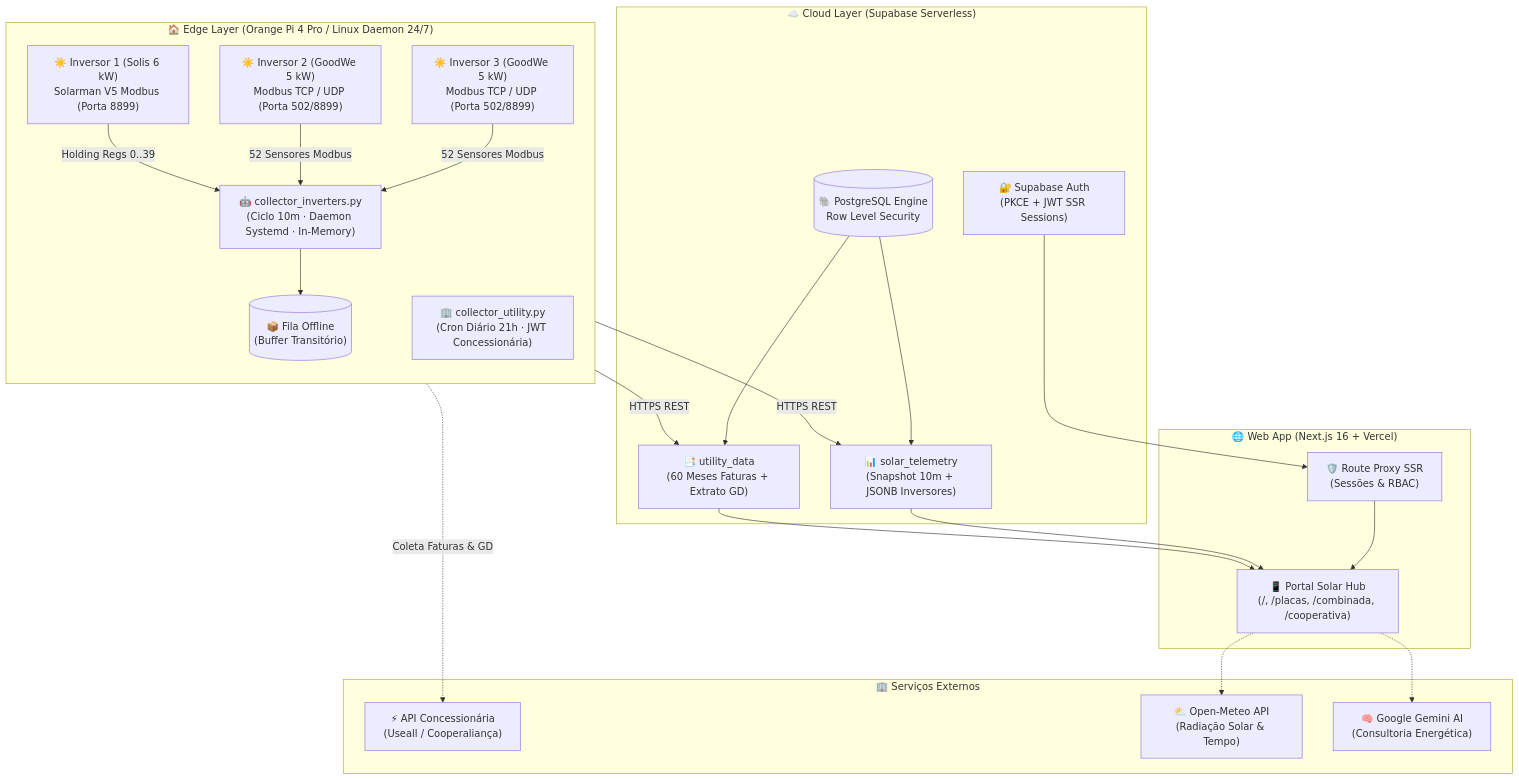
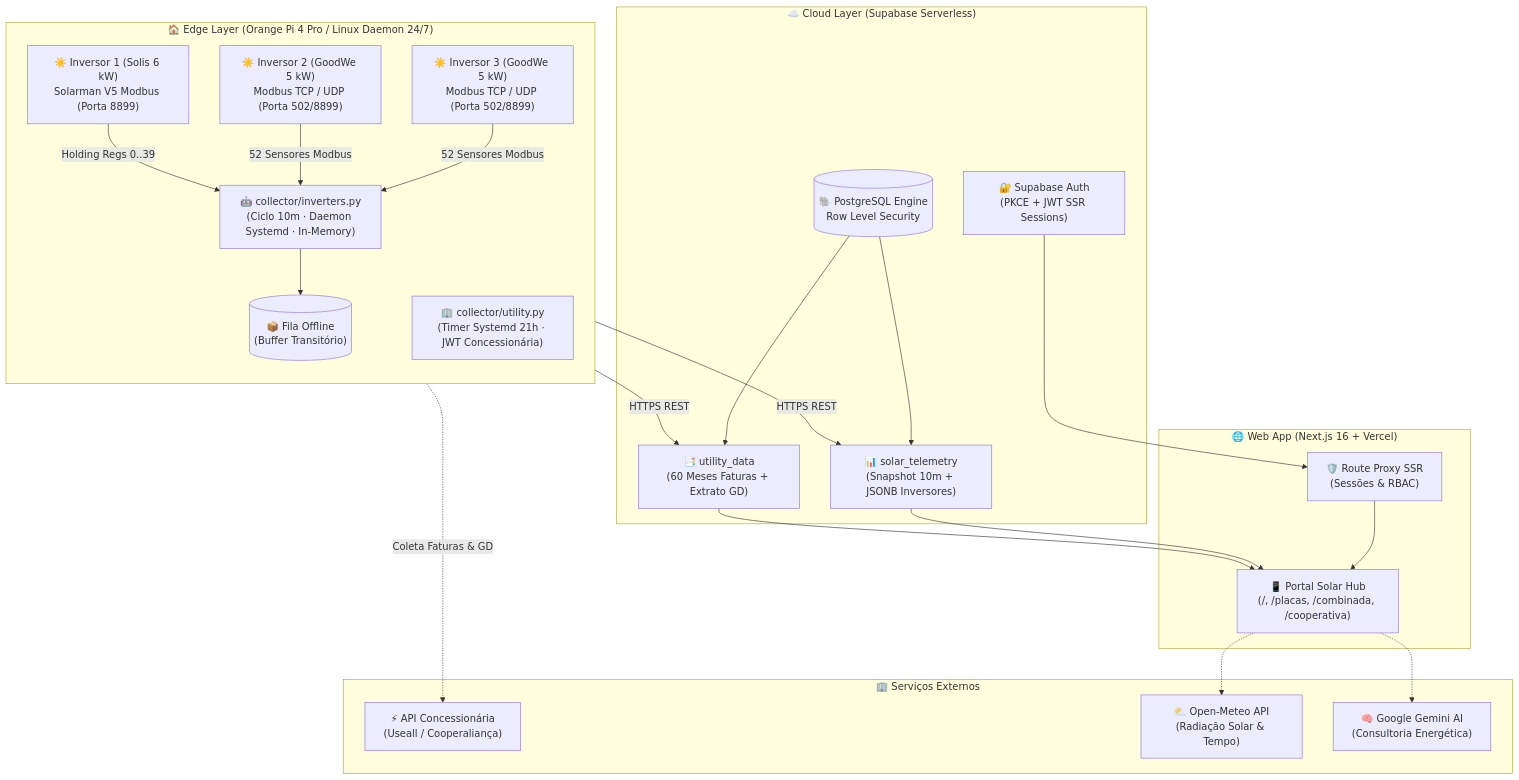
Before and after one commit to DiegoHahn/Solar-hub: the diagram in README.md, drawn with Mermaid. The commit also changed other lines of this file, not shown here.

````diff
--- a/README.md
+++ b/README.md
@@ -37,50 +37,50 @@
 ```mermaid
 flowchart TB
     subgraph Edge["🏠 Edge Layer (Orange Pi 4 Pro / Linux Daemon 24/7)"]
         direction TB
         INV1["☀️ Inversor 1 (Solis 6 kW)\nSolarman V5 Modbus (Porta 8899)"]
         INV2["☀️ Inversor 2 (GoodWe 5 kW)\nModbus TCP / UDP (Porta 502/8899)"]
         INV3["☀️ Inversor 3 (GoodWe 5 kW)\nModbus TCP / UDP (Porta 502/8899)"]
 
-        COLLECTOR["🤖 collector_inverters.py\n(Ciclo 10m · Daemon Systemd · In-Memory)"]
-        UTILITY["🏢 collector_utility.py\n(Cron Diário 21h · JWT Concessionária)"]
+        COLLECTOR["🤖 collector/inverters.py\n(Ciclo 10m · Daemon Systemd · In-Memory)"]
+        UTILITY["🏢 collector/utility.py\n(Timer Systemd 21h · JWT Concessionária)"]
         RETRY_QUEUE[("📦 Fila Offline\n(Buffer Transitório)")]
 
         INV1 -->|Holding Regs 0..39| COLLECTOR
         INV2 -->|52 Sensores Modbus| COLLECTOR
         INV3 -->|52 Sensores Modbus| COLLECTOR
 
         COLLECTOR --> RETRY_QUEUE
     end
 
     subgraph Cloud["☁️ Cloud Layer (Supabase Serverless)"]
         POSTGRES[("🐘 PostgreSQL Engine\nRow Level Security")]
         TABLE_TEL["📊 solar_telemetry\n(Snapshot 10m + JSONB Inversores)"]
         TABLE_UTL["📑 utility_data\n(60 Meses Faturas + Extrato GD)"]
         AUTH["🔐 Supabase Auth\n(PKCE + JWT SSR Sessions)"]
 
         POSTGRES --> TABLE_TEL
         POSTGRES --> TABLE_UTL
     end
 
     subgraph External["🏢 Serviços Externos"]
         COOP_API["⚡ API Concessionária\n(Useall / Cooperaliança)"]
         OPEN_METEO["⛅ Open-Meteo API\n(Radiação Solar & Tempo)"]
         GEMINI["🧠 Google Gemini AI\n(Consultoria Energética)"]
     end
 
     subgraph Frontend["🌐 Web App (Next.js 16 + Vercel)"]
         DASH["📱 Portal Solar Hub\n(/, /placas, /combinada, /cooperativa)"]
         PROXY["🛡️ Route Proxy SSR\n(Sessões & RBAC)"]
     end
 
     COLLECTOR -->|HTTPS REST| TABLE_TEL
     UTILITY -->|HTTPS REST| TABLE_UTL
     UTILITY -.->|Coleta Faturas & GD| COOP_API
     DASH -.-> OPEN_METEO
     DASH -.-> GEMINI
     PROXY --> DASH
     AUTH --> PROXY
     TABLE_TEL --> DASH
     TABLE_UTL --> DASH
 ```
````
